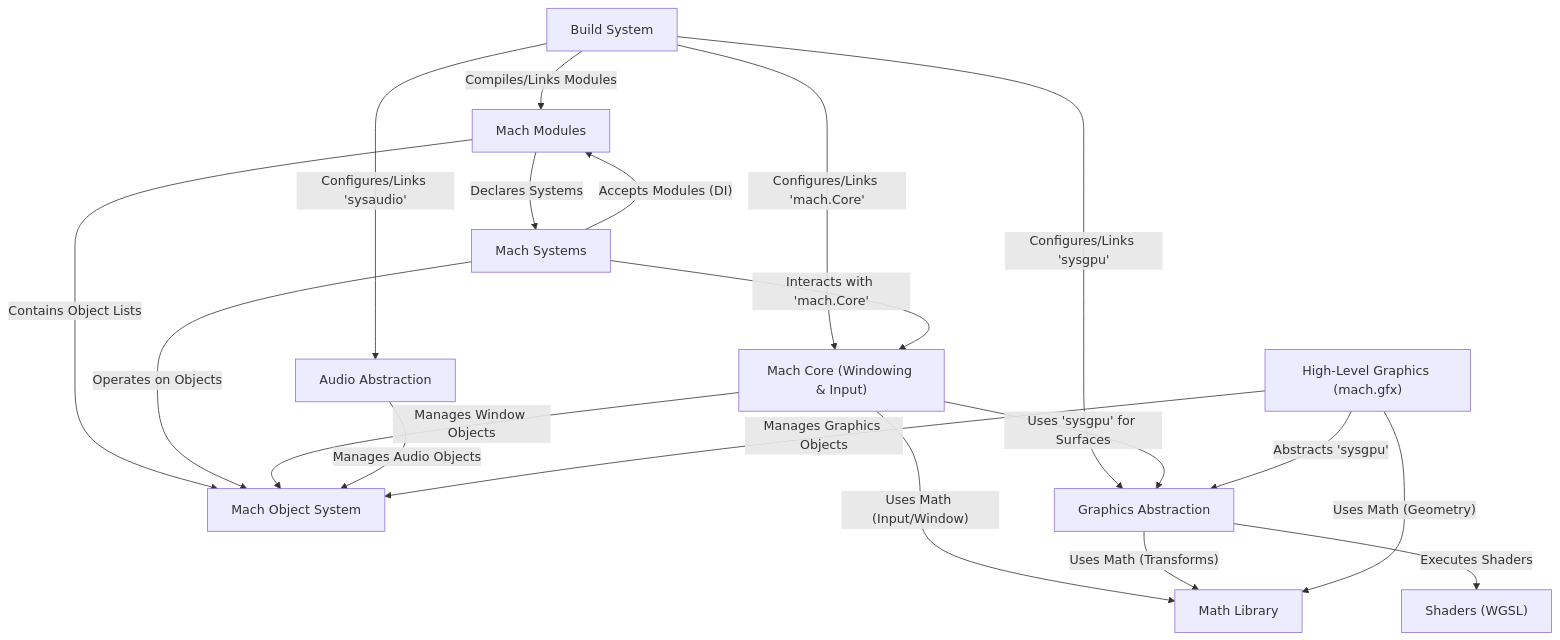
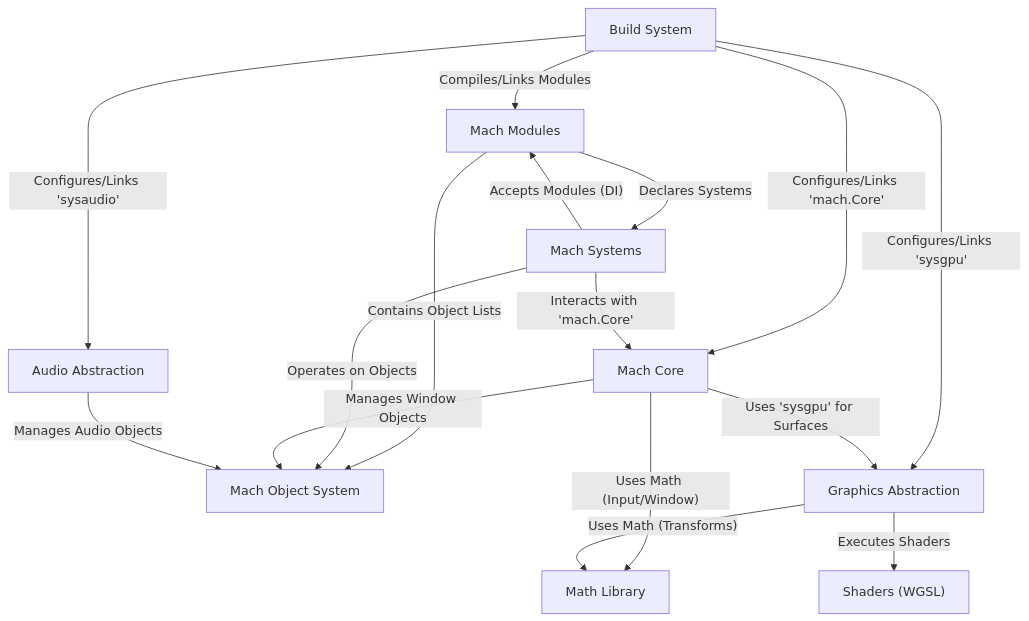
Before and after one commit to mnbnkr/mach-codebase-tutorial: the diagram in docs/index.md, drawn with Mermaid. The commit also changed 2 other files, not shown here.

Commit message:
remove 'high-level graphics' from flowchart, plus

````diff
--- a/docs/index.md
+++ b/docs/index.md
@@ -16,31 +16,27 @@
 ```mermaid
 flowchart TD
     A0["Build System"]
     A1["Mach Modules"]
     A2["Mach Object System"]
     A3["Mach Systems"]
-    A4["Mach Core (Windowing & Input)"]
+    A4["Mach Core"]
     A5["Graphics Abstraction"]
     A6["Audio Abstraction"]
     A7["Math Library"]
     A8["Shaders (WGSL)"]
-    A9["High-Level Graphics (mach.gfx)"]
     A0 -- "Compiles/Links Modules" --> A1
     A0 -- "Configures/Links 'mach.Core'" --> A4
     A0 -- "Configures/Links 'sysgpu'" --> A5
     A0 -- "Configures/Links 'sysaudio'" --> A6
     A1 -- "Contains Object Lists" --> A2
     A1 -- "Declares Systems" --> A3
     A3 -- "Accepts Modules (DI)" --> A1
     A3 -- "Operates on Objects" --> A2
     A3 -- "Interacts with 'mach.Core'" --> A4
     A4 -- "Manages Window Objects" --> A2
     A4 -- "Uses 'sysgpu' for Surfaces" --> A5
     A4 -- "Uses Math (Input/Window)" --> A7
     A5 -- "Uses Math (Transforms)" --> A7
     A5 -- "Executes Shaders" --> A8
     A6 -- "Manages Audio Objects" --> A2
-    A9 -- "Manages Graphics Objects" --> A2
-    A9 -- "Abstracts 'sysgpu'" --> A5
-    A9 -- "Uses Math (Geometry)" --> A7
 ```
````
